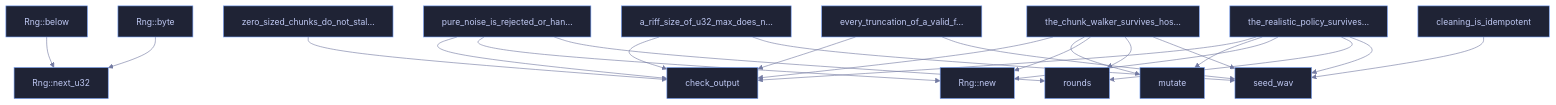
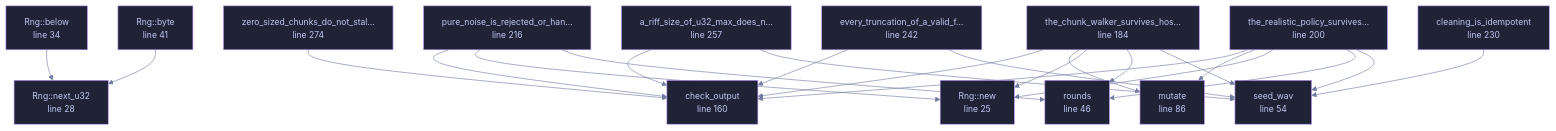
Before and after one commit to tilas01/veilvoice: the diagram in docs/files/veilvoice-meta/tests-wav_fuzz.md, drawn with Mermaid. The commit also changed other lines of this file and 182 other files, not shown here.

````diff
--- a/docs/files/veilvoice-meta/tests-wav_fuzz.md
+++ b/docs/files/veilvoice-meta/tests-wav_fuzz.md
@@ -47,40 +58,42 @@
 ```mermaid
 %%{init: {"theme":"base","themeVariables":{"background":"#1a1b26","primaryColor":"#1f2335","primaryTextColor":"#c0caf5","primaryBorderColor":"#7aa2f7","secondaryColor":"#16161e","tertiaryColor":"#16161e","lineColor":"#737aa2","textColor":"#c0caf5","mainBkg":"#1f2335","nodeBorder":"#7aa2f7","clusterBkg":"#16161e","clusterBorder":"#2f3549","fontFamily":"ui-monospace, SFMono-Regular, Consolas, monospace","fontSize":"14px"}}}%%
 flowchart TD
-    n_new["Rng::new"]
-    n_next_u32["Rng::next_u32"]
-    n_below["Rng::below"]
-    n_byte["Rng::byte"]
-    n_rounds["rounds"]
-    n_seed_wav["seed_wav"]
-    n_mutate["mutate"]
-    n_check_output["check_output"]
-    n_the_chunk_walker_survives_hostile_input["the_chunk_walker_survives_hos…"]
-    n_the_realistic_policy_survives_hostile_input["the_realistic_policy_survives…"]
-    n_pure_noise_is_rejected_or_handled["pure_noise_is_rejected_or_han…"]
-    n_cleaning_is_idempotent["cleaning_is_idempotent"]
-    n_every_truncation_of_a_valid_file_is_handled["every_truncation_of_a_valid_f…"]
-    n_a_riff_size_of_u32_max_does_not_overflow_the_length_arithmetic["a_riff_size_of_u32_max_does_n…"]
-    n_zero_sized_chunks_do_not_stall_the_walker["zero_sized_chunks_do_not_stal…"]
+    n_new["Rng::new<br/>line 25"]
+    n_next_u32["Rng::next_u32<br/>line 28"]
+    n_below["Rng::below<br/>line 34"]
+    n_byte["Rng::byte<br/>line 41"]
+    n_rounds["rounds<br/>line 46"]
+    n_seed_wav["seed_wav<br/>line 54"]
+    n_mutate["mutate<br/>line 86"]
+    n_check_output["check_output<br/>line 160"]
+    n_the_chunk_walker_survives_hostile_input["the_chunk_walker_survives_hos…<br/>line 184"]
+    n_the_realistic_policy_survives_hostile_input["the_realistic_policy_survives…<br/>line 200"]
+    n_pure_noise_is_rejected_or_handled["pure_noise_is_rejected_or_han…<br/>line 216"]
+    n_cleaning_is_idempotent["cleaning_is_idempotent<br/>line 230"]
+    n_every_truncation_of_a_valid_file_is_handled["every_truncation_of_a_valid_f…<br/>line 242"]
+    n_a_riff_size_of_u32_max_does_not_overflow_the_length_arithmetic["a_riff_size_of_u32_max_does_n…<br/>line 257"]
+    n_zero_sized_chunks_do_not_stall_the_walker["zero_sized_chunks_do_not_stal…<br/>line 274"]
     n_a_riff_size_of_u32_max_does_not_overflow_the_length_arithmetic --> n_check_output
     n_a_riff_size_of_u32_max_does_not_overflow_the_length_arithmetic --> n_seed_wav
     n_below --> n_next_u32
     n_byte --> n_next_u32
     n_cleaning_is_idempotent --> n_seed_wav
     n_every_truncation_of_a_valid_file_is_handled --> n_check_output
     n_every_truncation_of_a_valid_file_is_handled --> n_seed_wav
     n_pure_noise_is_rejected_or_handled --> n_check_output
     n_pure_noise_is_rejected_or_handled --> n_new
     n_pure_noise_is_rejected_or_handled --> n_rounds
     n_the_chunk_walker_survives_hostile_input --> n_check_output
     n_the_chunk_walker_survives_hostile_input --> n_mutate
     n_the_chunk_walker_survives_hostile_input --> n_new
     n_the_chunk_walker_survives_hostile_input --> n_rounds
     n_the_chunk_walker_survives_hostile_input --> n_seed_wav
     n_the_realistic_policy_survives_hostile_input --> n_check_output
     n_the_realistic_policy_survives_hostile_input --> n_mutate
     n_the_realistic_policy_survives_hostile_input --> n_new
     n_the_realistic_policy_survives_hostile_input --> n_rounds
     n_the_realistic_policy_survives_hostile_input --> n_seed_wav
     n_zero_sized_chunks_do_not_stall_the_walker --> n_check_output
+    classDef helper fill:#1f2335,stroke:#bb9af7,color:#c0caf5
+    class n_new,n_next_u32,n_below,n_byte,n_rounds,n_seed_wav,n_mutate,n_check_output,n_the_chunk_walker_survives_hostile_input,n_the_realistic_policy_survives_hostile_input,n_pure_noise_is_rejected_or_handled,n_cleaning_is_idempotent,n_every_truncation_of_a_valid_file_is_handled,n_a_riff_size_of_u32_max_does_not_overflow_the_length_arithmetic,n_zero_sized_chunks_do_not_stall_the_walker helper
 ```
````
